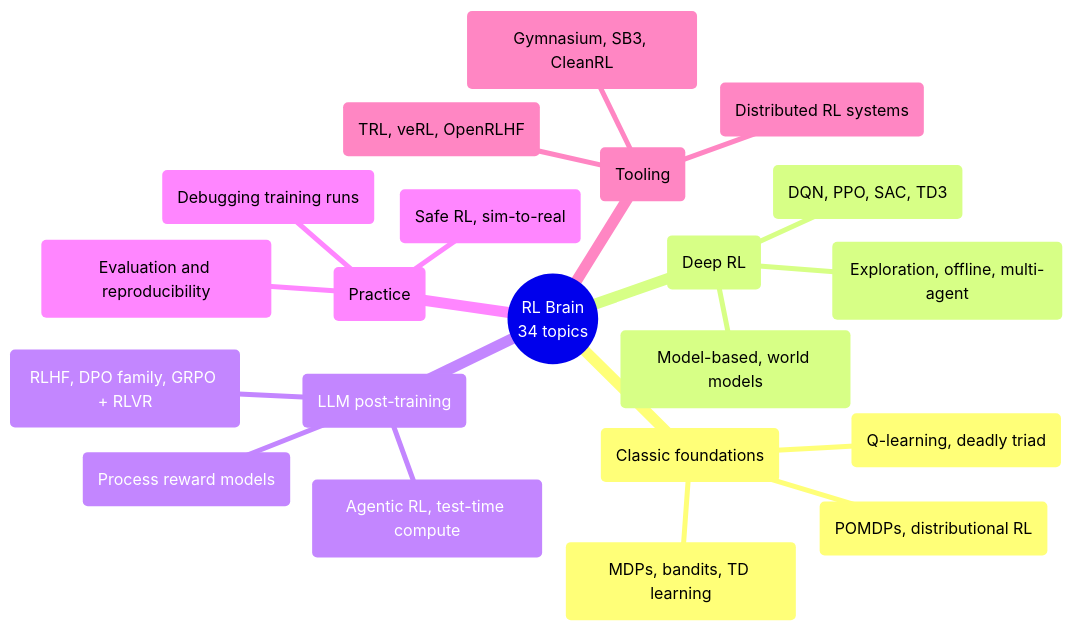
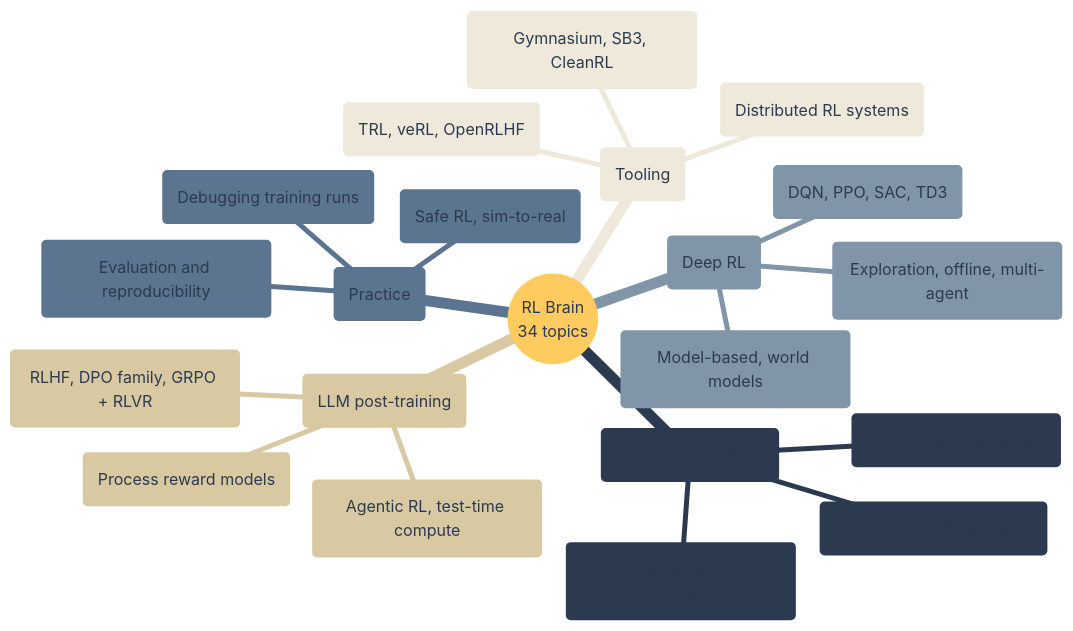
Before and after one commit to AgriciDaniel/reinforcement-learning-second-brain: the second of 3 diagrams in README.md, drawn with Mermaid. The commit also changed other lines of this file and 1 other file, not shown here.

First line of the commit message:
Brand the README: custom cover image and matching mermaid theme

````diff
--- a/README.md
+++ b/README.md
@@ -36,24 +47,35 @@
 ```mermaid
+%%{init: {"theme": "base", "themeVariables": {
+  "background": "#faf8f3",
+  "primaryTextColor": "#2c3a4f",
+  "fontFamily": "Segoe UI, Helvetica, Arial, sans-serif",
+  "cScale0": "#b99a5f",
+  "cScale1": "#2c3a4f",
+  "cScale2": "#8195a8",
+  "cScale3": "#d8c9a3",
+  "cScale4": "#5b7590",
+  "cScale5": "#efe9db"
+}}}%%
 mindmap
   root(("RL Brain<br/>34 topics"))
     ("Classic foundations")
       ("MDPs, bandits, TD learning")
       ("Q-learning, deadly triad")
       ("POMDPs, distributional RL")
     ("Deep RL")
       ("DQN, PPO, SAC, TD3")
       ("Model-based, world models")
       ("Exploration, offline, multi-agent")
     ("LLM post-training")
       ("RLHF, DPO family, GRPO + RLVR")
       ("Process reward models")
       ("Agentic RL, test-time compute")
     ("Practice")
       ("Debugging training runs")
       ("Evaluation and reproducibility")
       ("Safe RL, sim-to-real")
     ("Tooling")
       ("Gymnasium, SB3, CleanRL")
       ("TRL, veRL, OpenRLHF")
       ("Distributed RL systems")
 ```
````
